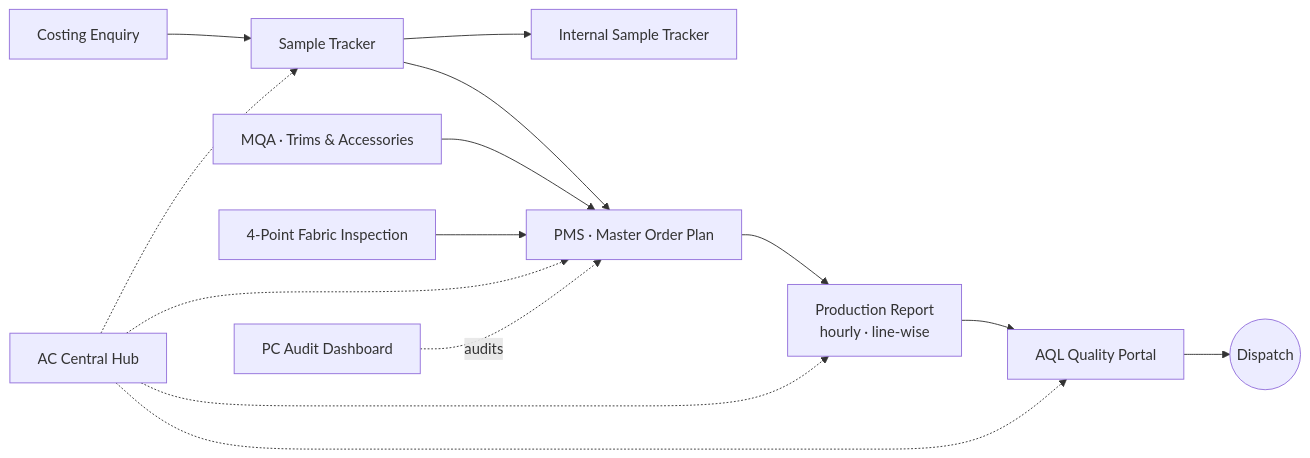
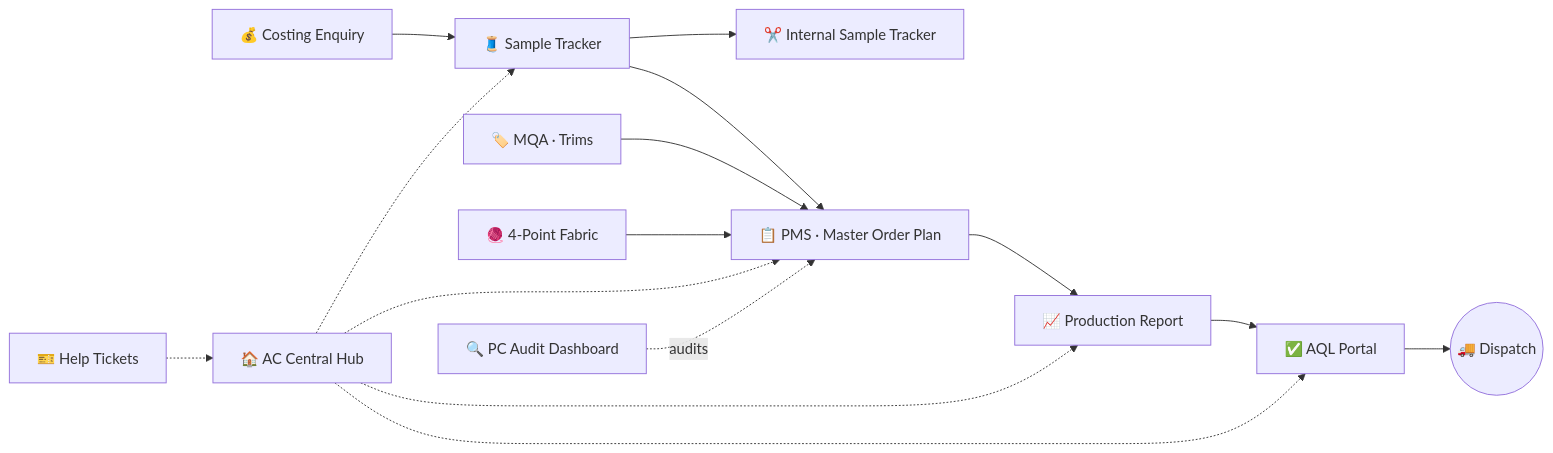
One commit to AbhinandanCreation/AbhinandanCreation changed the diagram in README.md. Above: the diagram before and after it, drawn with Mermaid. The commit also changed other lines of this file and 6 other files, not shown here.

First line of the commit message:
Animated profile README: header, typing line, order pipeline, stat cards

````diff
--- a/README.md
+++ b/README.md
@@ -25,17 +47,17 @@
 ```mermaid
 flowchart LR
-    A[Costing Enquiry] --> B[Sample Tracker]
-    B --> C[Internal Sample Tracker]
-    B --> D[PMS · Master Order Plan]
-    M[MQA · Trims & Accessories] --> D
-    F[4-Point Fabric Inspection] --> D
-    D --> P[Production Report<br/>hourly · line-wise]
-    P --> Q[AQL Quality Portal]
-    Q --> X((Dispatch))
-
-    H[AC Central Hub] -.-> B
+    A[💰 Costing Enquiry] --> B[🧵 Sample Tracker]
+    B --> C[✂️ Internal Sample Tracker]
+    B --> D[📋 PMS · Master Order Plan]
+    M[🏷️ MQA · Trims] --> D
+    F[🧶 4-Point Fabric] --> D
+    D --> P[📈 Production Report]
+    P --> Q[✅ AQL Portal]
+    Q --> X((🚚 Dispatch))
+    H[🏠 AC Central Hub] -.-> B
     H -.-> D
     H -.-> P
     H -.-> Q
-    K[PC Audit Dashboard] -.audits.-> D
+    K[🔍 PC Audit Dashboard] -.audits.-> D
+    T[🎫 Help Tickets] -.-> H
 ```
````
